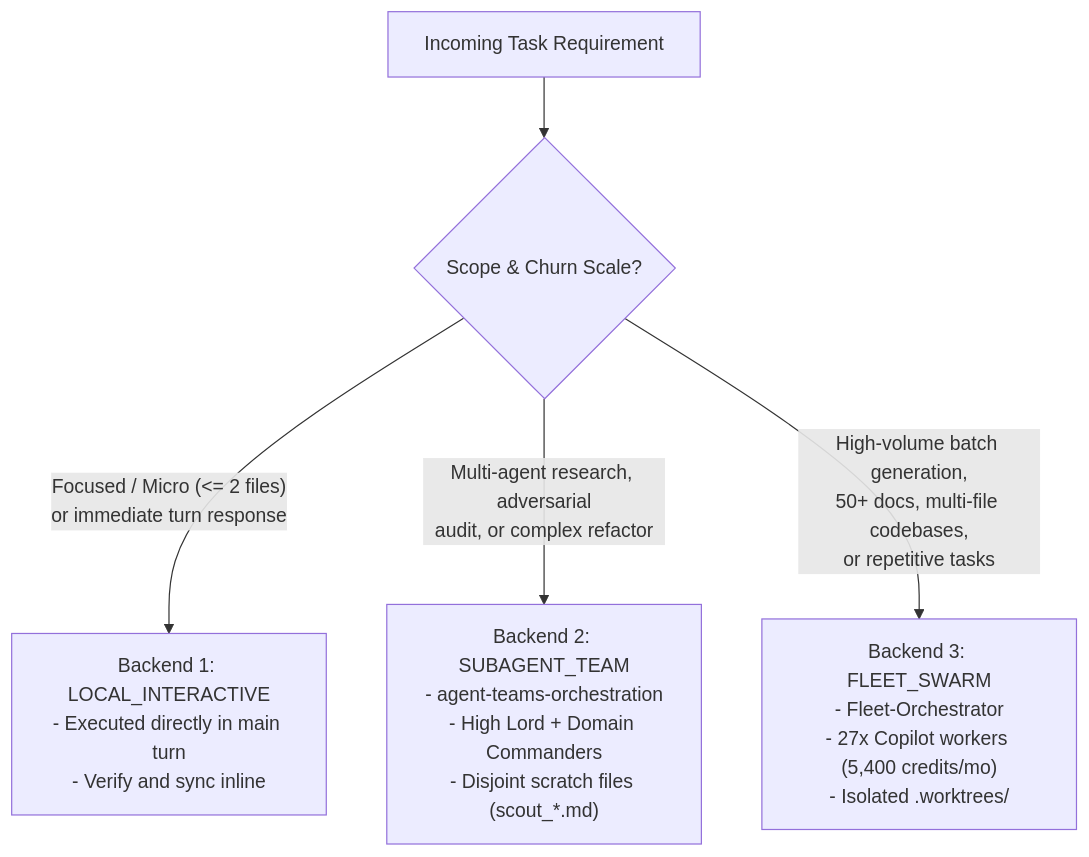
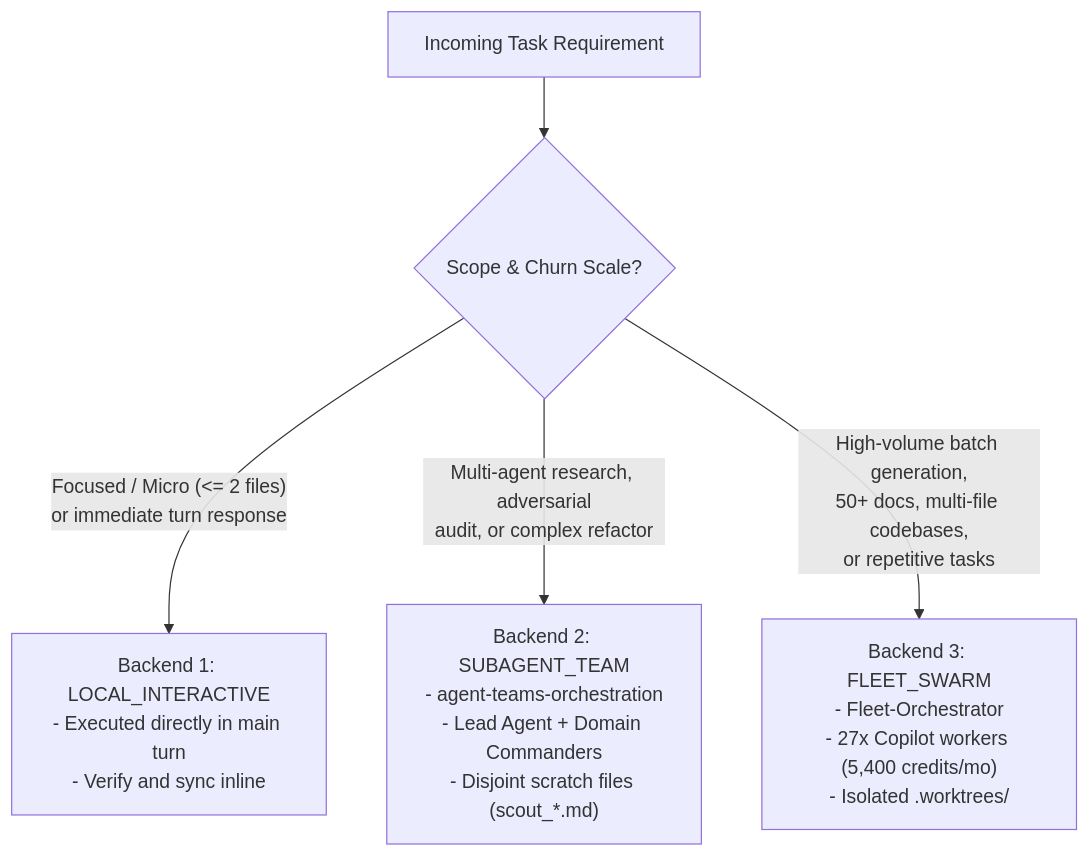
Before and after one commit to Aaradhya-Dev-Tamrakar/brainstorm: the diagram in tools/skills/adaptive-workflow/references/skill-matrix.md, drawn with Mermaid. The commit also changed other lines of this file and 27 other files, not shown here.

````diff
--- a/tools/skills/adaptive-workflow/references/skill-matrix.md
+++ b/tools/skills/adaptive-workflow/references/skill-matrix.md
@@ -43,10 +43,10 @@
 ```mermaid
 flowchart TD
     Task["Incoming Task Requirement"] --> Scale{"Scope & Churn Scale?"}
     
     Scale -- "Focused / Micro (<= 2 files)\nor immediate turn response" --> B1["Backend 1: LOCAL_INTERACTIVE\n- Executed directly in main turn\n- Verify and sync inline"]
     
-    Scale -- "Multi-agent research, adversarial\naudit, or complex refactor" --> B2["Backend 2: SUBAGENT_TEAM\n- agent-teams-orchestration\n- High Lord + Domain Commanders\n- Disjoint scratch files (scout_*.md)"]
+    Scale -- "Multi-agent research, adversarial\naudit, or complex refactor" --> B2["Backend 2: SUBAGENT_TEAM\n- agent-teams-orchestration\n- Lead Agent + Domain Commanders\n- Disjoint scratch files (scout_*.md)"]
     
     Scale -- "High-volume batch generation,\n50+ docs, multi-file codebases,\nor repetitive tasks" --> B3["Backend 3: FLEET_SWARM\n- Fleet-Orchestrator\n- 27x Copilot workers (5,400 credits/mo)\n- Isolated .worktrees/<task_id>"]
 ```
````
